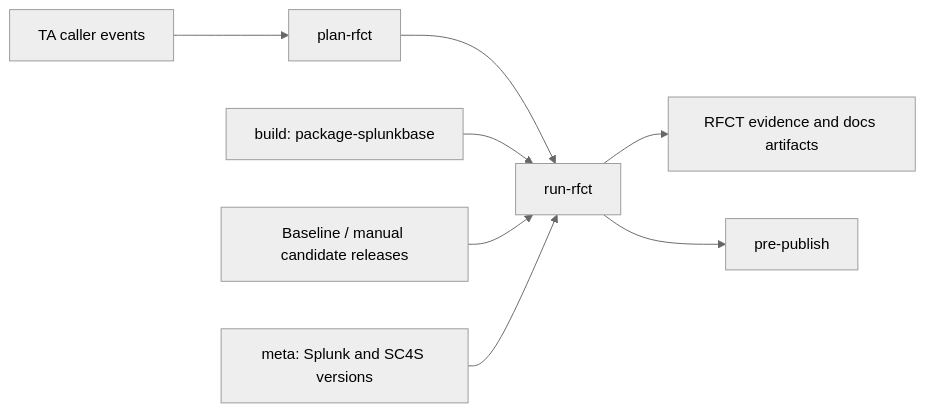
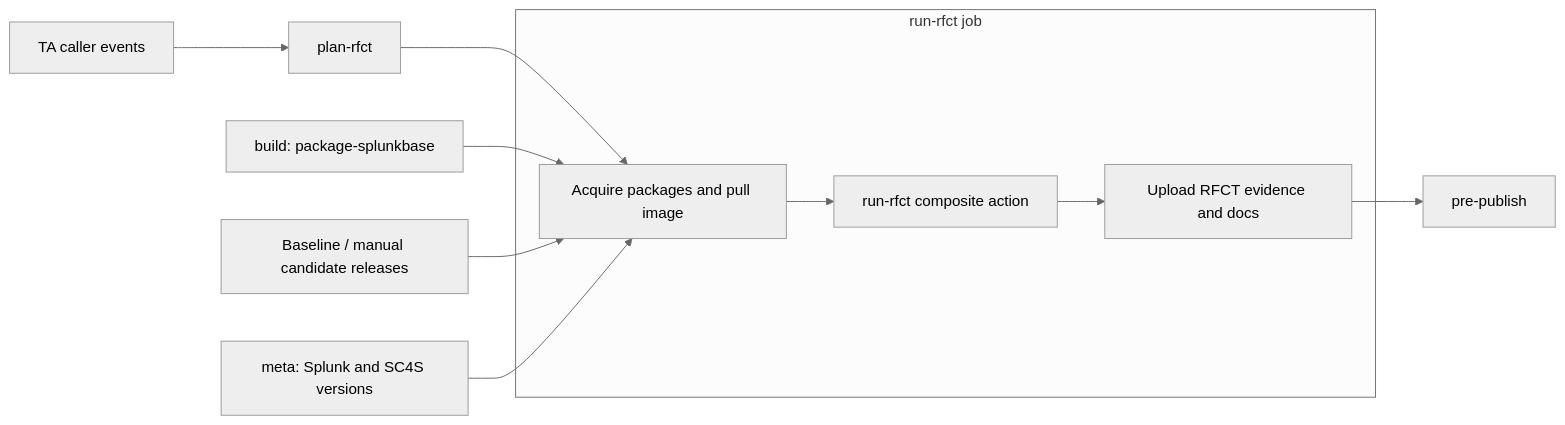
The diagram in specs/ADDON-90824-rfct-cim-changes-workflow.md (splunk/addonfactory-workflow-addon-release), drawn with Mermaid (neutral theme) before and after one commit. The commit also changed other lines of this file and 1 other file, not shown here.

Commit message:
docs: specify RFCT composite action boundary

````diff
--- a/specs/ADDON-90824-rfct-cim-changes-workflow.md
+++ b/specs/ADDON-90824-rfct-cim-changes-workflow.md
@@ -55,10 +57,13 @@
 ```mermaid
 flowchart LR
   events[TA caller events] --> plan[plan-rfct]
-  plan --> run[run-rfct]
-  build[build: package-splunkbase] --> run
-  releases[Baseline / manual candidate releases] --> run
-  meta[meta: Splunk and SC4S versions] --> run
-  run --> evidence[RFCT evidence and docs artifacts]
-  run --> gate[pre-publish]
+  plan --> prepare
+  build[build: package-splunkbase] --> prepare
+  releases[Baseline / manual candidate releases] --> prepare
+  meta[meta: Splunk and SC4S versions] --> prepare
+  subgraph run[run-rfct job]
+    prepare[Acquire packages and pull image] --> action[run-rfct composite action]
+    action --> evidence[Upload RFCT evidence and docs]
+  end
+  evidence --> gate[pre-publish]
 ```
````
